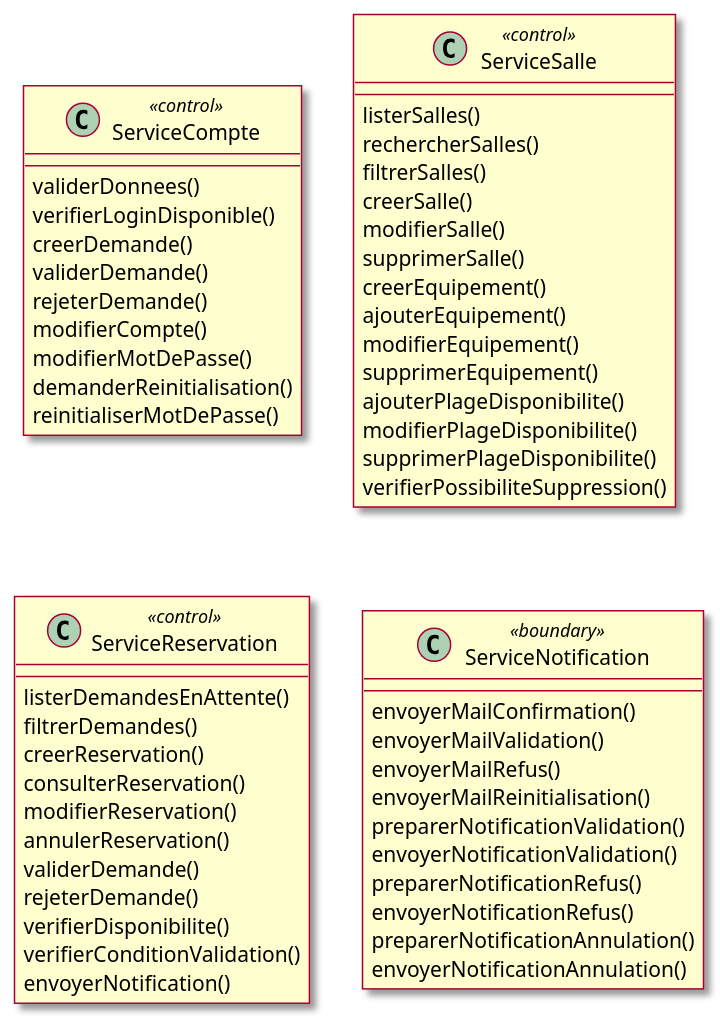
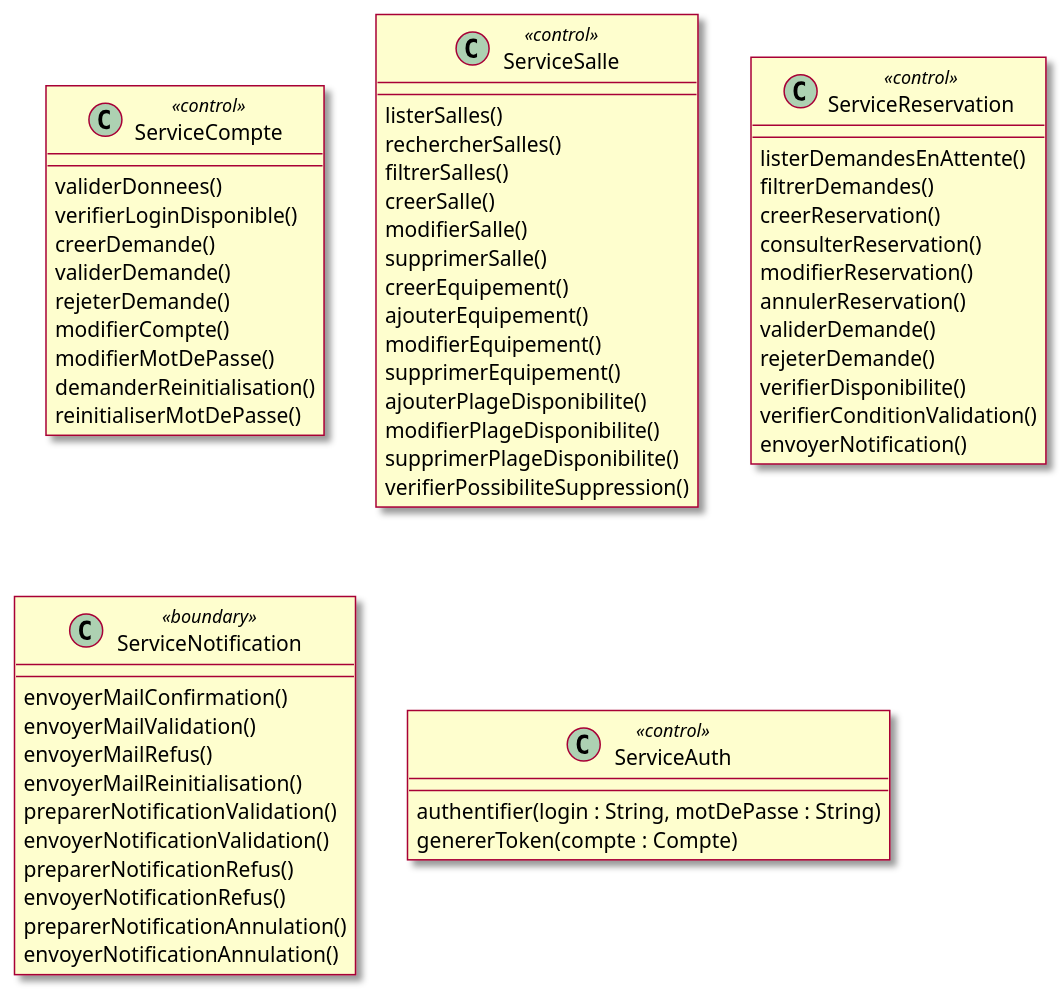
Diagram 59 of 60 in docs/02-Analyse.md (mrajaonson/glg204-room-management-system), drawn with PlantUML before and after one commit. The commit also changed other lines of this file and 5 other files, not shown here.

````diff
--- a/docs/02-Analyse.md
+++ b/docs/02-Analyse.md
@@ -2343,62 +2411,67 @@
 ```plantuml
 @startuml
 skin rose
 
 class ServiceCompte <<control>> {
   validerDonnees()
   verifierLoginDisponible()
   creerDemande()
   validerDemande()
   rejeterDemande()
   modifierCompte()
   modifierMotDePasse()
   demanderReinitialisation()
   reinitialiserMotDePasse()
 }
 
 class ServiceSalle <<control>> {
   listerSalles()
   rechercherSalles()
   filtrerSalles()
   creerSalle()
   modifierSalle()
   supprimerSalle()
   creerEquipement()
   ajouterEquipement()
   modifierEquipement()
   supprimerEquipement()
   ajouterPlageDisponibilite()
   modifierPlageDisponibilite()
   supprimerPlageDisponibilite()
   verifierPossibiliteSuppression()
 }
 
 class ServiceReservation <<control>> {
   listerDemandesEnAttente()
   filtrerDemandes()
   creerReservation()
   consulterReservation()
   modifierReservation()
   annulerReservation()
   validerDemande()
   rejeterDemande()
   verifierDisponibilite()
   verifierConditionValidation()
   envoyerNotification()
 }
 
 class ServiceNotification <<boundary>> {
   envoyerMailConfirmation()
   envoyerMailValidation()
   envoyerMailRefus()
   envoyerMailReinitialisation()
   preparerNotificationValidation()
   envoyerNotificationValidation()
   preparerNotificationRefus()
   envoyerNotificationRefus()
   preparerNotificationAnnulation()
   envoyerNotificationAnnulation()
 }
 
+class ServiceAuth <<control>> {
+  authentifier(login : String, motDePasse : String)
+  genererToken(compte : Compte)
+}
+
 @enduml
 ```
````
